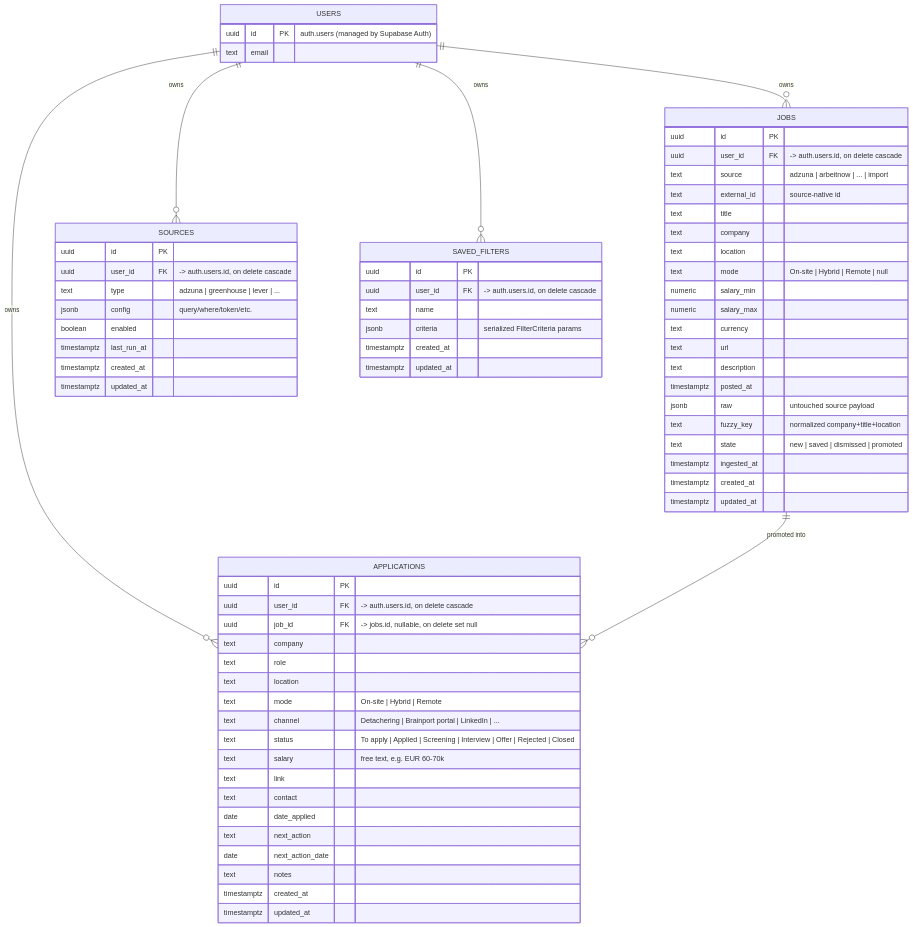
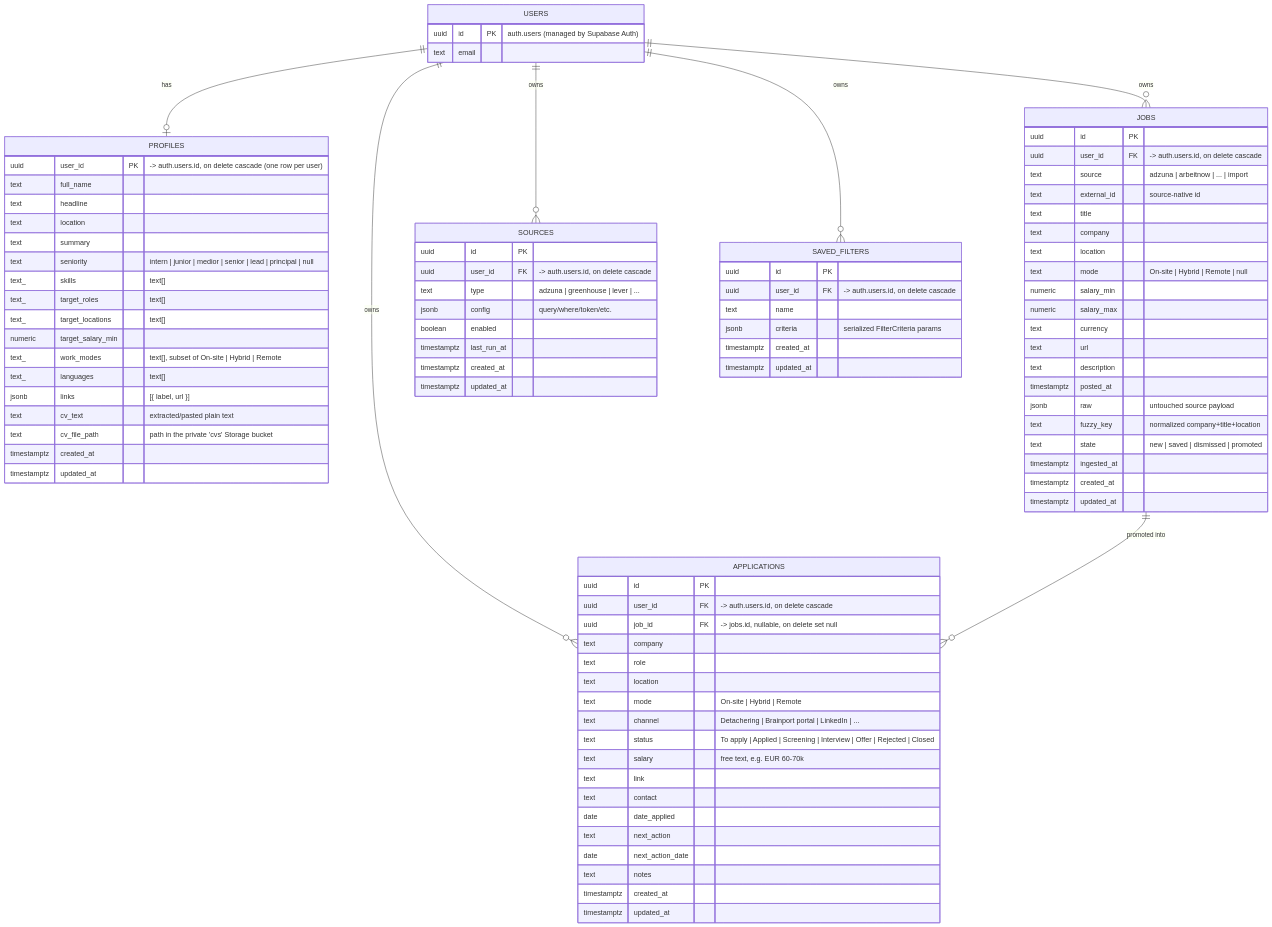
One commit to MihailKirkov/ignis_job-application changed the diagram in docs/database.md. Above: the diagram before and after it, drawn with Mermaid. The commit also changed other lines of this file and 2 other files, not shown here.

First line of the commit message:
@ docs(profile): document profiles table, CV flow, and new layout

````diff
--- a/docs/database.md
+++ b/docs/database.md
@@ -12,5 +14,6 @@
 ```mermaid
 erDiagram
+    USERS ||--o| PROFILES      : has
     USERS ||--o{ APPLICATIONS  : owns
     USERS ||--o{ JOBS          : owns
     USERS ||--o{ SOURCES       : owns
@@ -85,4 +88,24 @@
         timestamptz created_at
         timestamptz updated_at
     }
+
+    PROFILES {
+        uuid    user_id PK "-> auth.users.id, on delete cascade (one row per user)"
+        text    full_name
+        text    headline
+        text    location
+        text    summary
+        text    seniority "intern | junior | medior | senior | lead | principal | null"
+        text_   skills "text[]"
+        text_   target_roles "text[]"
+        text_   target_locations "text[]"
+        numeric target_salary_min
+        text_   work_modes "text[], subset of On-site | Hybrid | Remote"
+        text_   languages "text[]"
+        jsonb   links "[{ label, url }]"
+        text    cv_text "extracted/pasted plain text"
+        text    cv_file_path "path in the private 'cvs' Storage bucket"
+        timestamptz created_at
+        timestamptz updated_at
+    }
 ```
````
